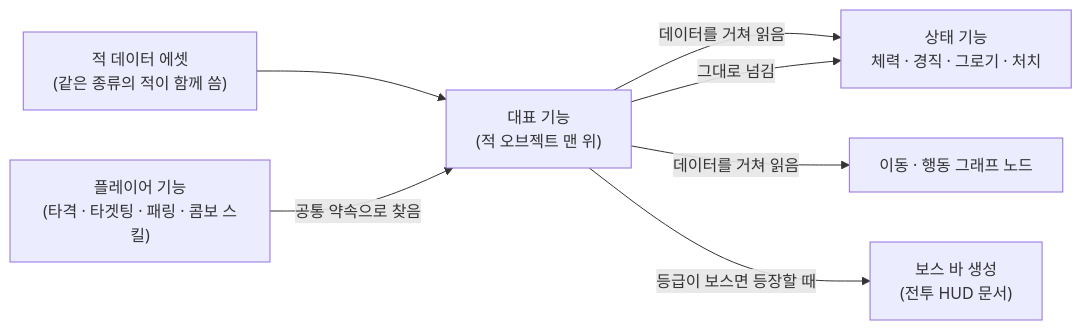
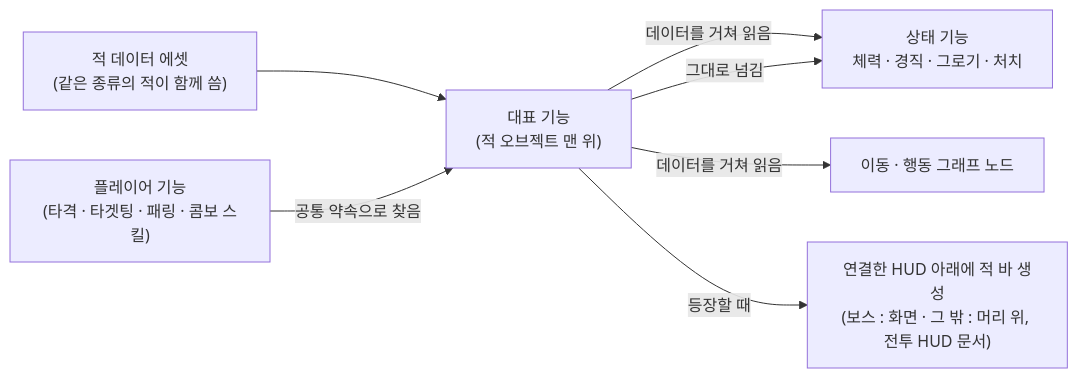
Before and after one commit to SquashPrince/Develrocket_mp15_HHH: the first of 3 diagrams in Docs/Technical/Enemy/EnemyCommon.md, drawn with Mermaid. The commit also changed other lines of this file and 9 other files, not shown here.

````diff
--- a/Docs/Technical/Enemy/EnemyCommon.md
+++ b/Docs/Technical/Enemy/EnemyCommon.md
@@ -26,9 +26,9 @@
 ```mermaid
 flowchart LR
     D["적 데이터 에셋<br>(같은 종류의 적이 함께 씀)"] --> C["대표 기능<br>(적 오브젝트 맨 위)"]
     C -->|"데이터를 거쳐 읽음"| S["상태 기능<br>체력 · 경직 · 그로기 · 처치"]
     C -->|"데이터를 거쳐 읽음"| M["이동 · 행동 그래프 노드"]
     P["플레이어 기능<br>(타격 · 타겟팅 · 패링 · 콤보 스킬)"] -->|"공통 약속으로 찾음"| C
     C -->|"그대로 넘김"| S
-    C -->|"등급이 보스면 등장할 때"| B["보스 바 생성<br>(전투 HUD 문서)"]
+    C -->|"등장할 때"| B["연결한 HUD 아래에 적 바 생성<br>(보스 : 화면 · 그 밖 : 머리 위, 전투 HUD 문서)"]
 ```
````
